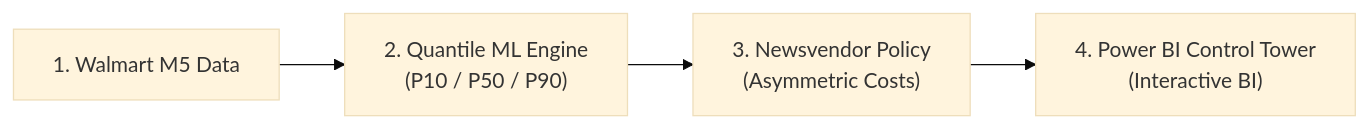
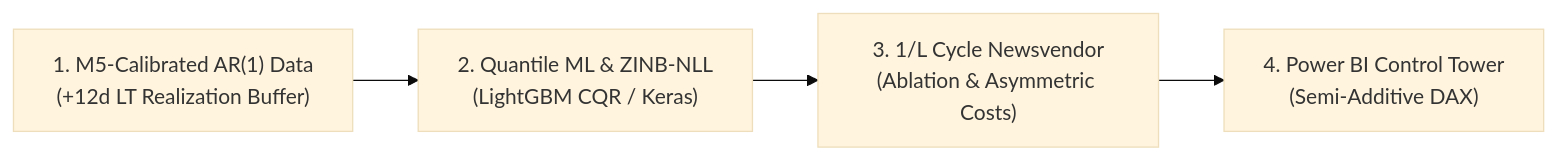
Before and after one commit to Chiiiiiii-art/supply-chain-control-tower: the diagram in README.md, drawn with Mermaid (base theme). The commit also changed other lines of this file and 23 other files, not shown here.

Commit message:
Upgrade forecasting pipeline to CQR LightGBM, ZINB-NLL, and 1/L Newsvendor

````diff
--- a/README.md
+++ b/README.md
@@ -25,6 +25,6 @@
 ```mermaid
 flowchart LR
-    A["1. Walmart M5 Data"] --> B["2. Quantile ML Engine<br/>(P10 / P50 / P90)"]
-    B --> C["3. Newsvendor Policy<br/>(Asymmetric Costs)"]
-    C --> D["4. Power BI Control Tower<br/>(Interactive BI)"]
+    A["1. M5-Calibrated AR(1) Data<br/>(+12d LT Realization Buffer)"] --> B["2. Quantile ML & ZINB-NLL<br/>(LightGBM CQR / Keras)"]
+    B --> C["3. 1/L Cycle Newsvendor<br/>(Ablation & Asymmetric Costs)"]
+    C --> D["4. Power BI Control Tower<br/>(Semi-Additive DAX)"]
 ```
````
